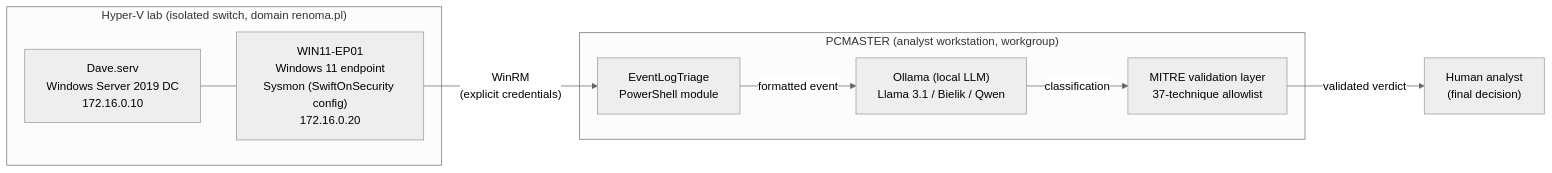
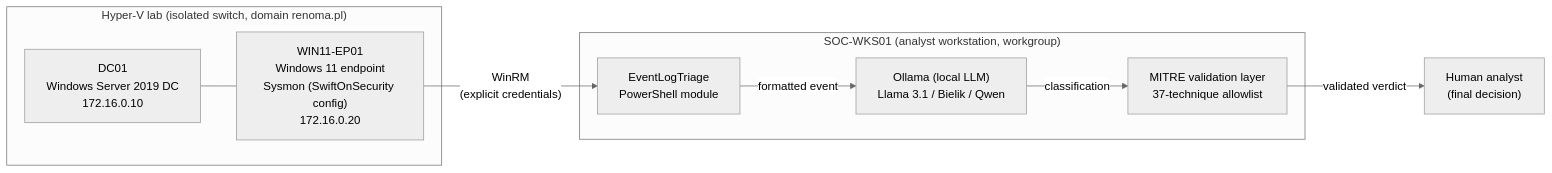
Before and after one commit to Dkeyo/EventLogTriage: the diagram in README.md, drawn with Mermaid (neutral theme). The commit also changed other lines of this file and 2 other files, not shown here.

Commit message:
refactor: use professional hostnames in docs and code

````diff
--- a/README.md
+++ b/README.md
@@ -20,19 +20,19 @@
 ```mermaid
 flowchart LR
     subgraph Lab["Hyper-V lab (isolated switch, domain renoma.pl)"]
-        DC["Dave.serv\nWindows Server 2019 DC\n172.16.0.10"]
+        DC["DC01\nWindows Server 2019 DC\n172.16.0.10"]
         EP["WIN11-EP01\nWindows 11 endpoint\nSysmon (SwiftOnSecurity config)\n172.16.0.20"]
         DC --- EP
     end
 
-    subgraph Workstation["PCMASTER (analyst workstation, workgroup)"]
+    subgraph Workstation["SOC-WKS01 (analyst workstation, workgroup)"]
         MOD["EventLogTriage\nPowerShell module"]
         LLM["Ollama (local LLM)\nLlama 3.1 / Bielik / Qwen"]
         VAL["MITRE validation layer\n37-technique allowlist"]
     end
 
     EP -- "WinRM\n(explicit credentials)" --> MOD
     MOD -- "formatted event" --> LLM
     LLM -- "classification" --> VAL
     VAL -- "validated verdict" --> ANALYST["Human analyst\n(final decision)"]
 ```
````
